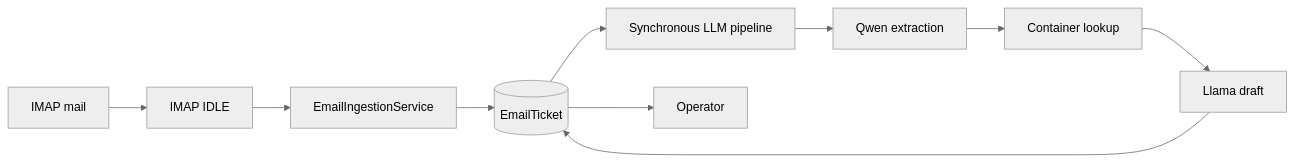
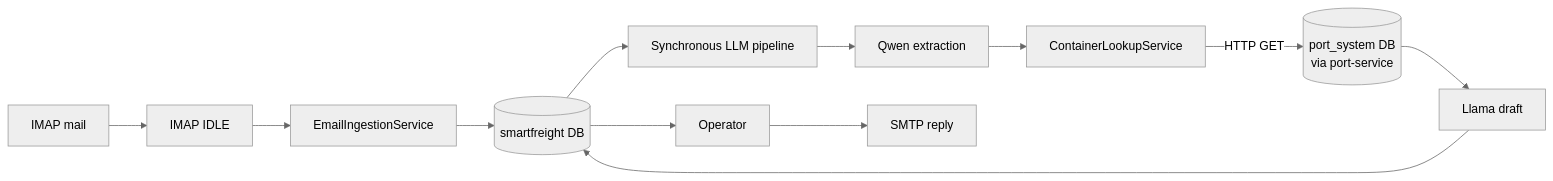
The eighth of 11 diagrams in docs/PRESENTATION_TREE_MAP.md (olegskel7-wq/smart-freight-inbox), drawn with Mermaid (neutral theme) before and after one commit. The commit also changed other lines of this file and 20 other files, not shown here.

First line of the commit message:
docs: update PRESENTATION_TREE_MAP to reflect two-service architecture

````diff
--- a/docs/PRESENTATION_TREE_MAP.md
+++ b/docs/PRESENTATION_TREE_MAP.md
@@ -215,12 +233,14 @@
 ```mermaid
 flowchart LR
   M[IMAP mail] --> IDLE[IMAP IDLE]
   IDLE --> SVC[EmailIngestionService]
-  SVC --> DB[(EmailTicket)]
+  SVC --> DB[(smartfreight DB)]
   DB --> POOL[Synchronous LLM pipeline]
   POOL --> Q[Qwen extraction]
-  Q --> C[Container lookup]
-  C --> L[Llama draft]
+  Q --> C[ContainerLookupService]
+  C -->|HTTP GET| PS[(port_system DB<br/>via port-service)]
+  PS --> L[Llama draft]
   L --> DB
   DB --> OP[Operator]
+  OP --> SMTP[SMTP reply]
 ```
````
